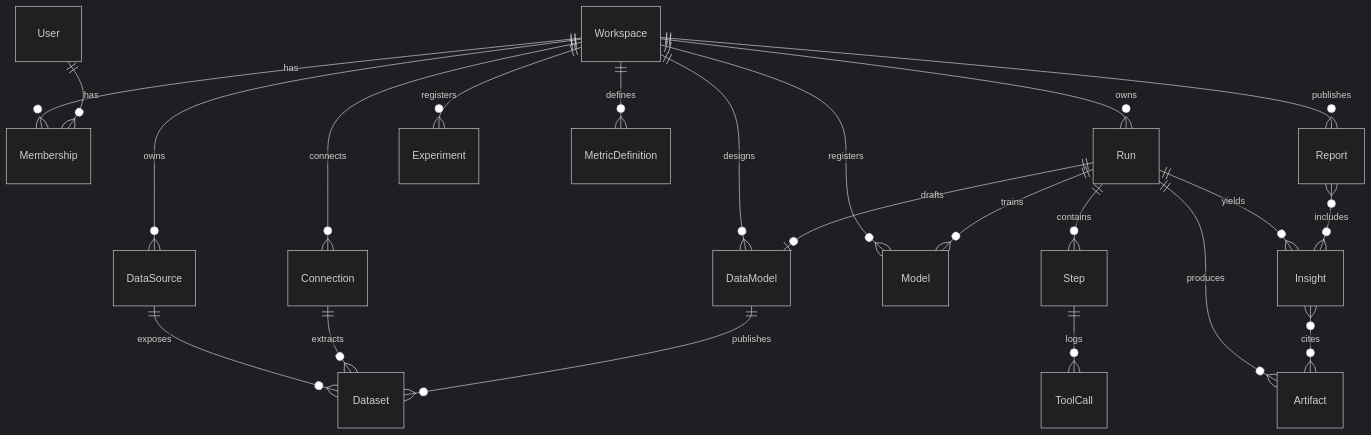
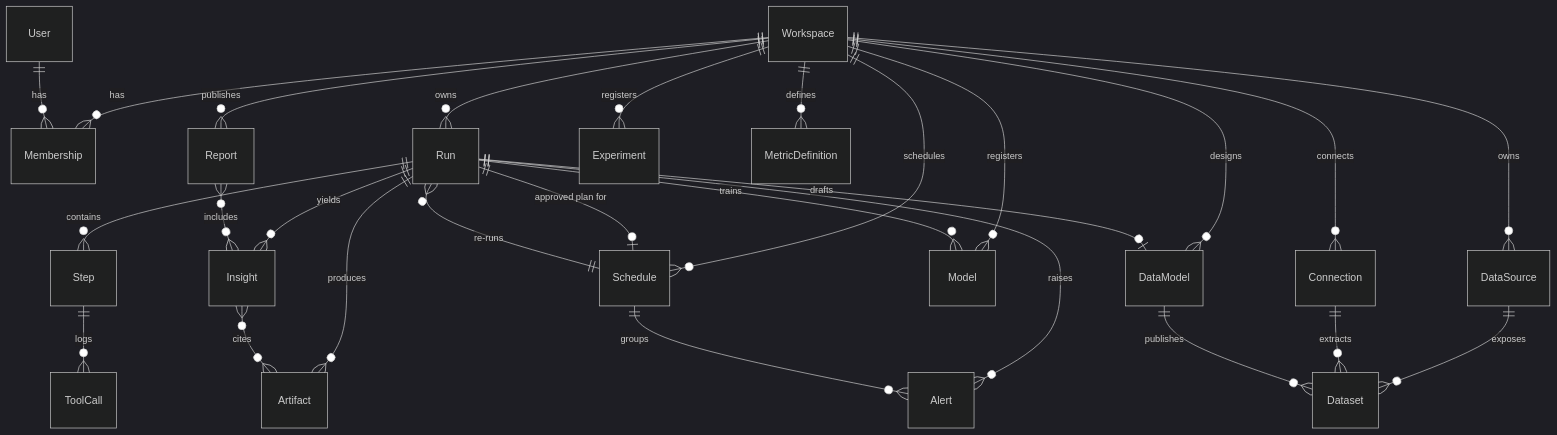
The third of 3 diagrams in docs/ARCHITECTURE.md (SweetVege/inferra), drawn with Mermaid (dark theme) before and after one commit. The commit also changed other lines of this file and 42 other files, not shown here.

````diff
--- a/docs/ARCHITECTURE.md
+++ b/docs/ARCHITECTURE.md
@@ -254,24 +286,29 @@
 ```mermaid
 erDiagram
   Workspace ||--o{ Membership : has
   User ||--o{ Membership : has
   Workspace ||--o{ DataSource : owns
   DataSource ||--o{ Dataset : exposes
   Workspace ||--o{ Run : owns
   Run ||--o{ Step : contains
   Step ||--o{ ToolCall : logs
   Run ||--o{ Artifact : produces
   Run ||--o{ Insight : yields
   Insight }o--o{ Artifact : cites
   Workspace ||--o{ Report : publishes
   Report }o--o{ Insight : includes
+  Workspace ||--o{ Schedule : schedules
+  Run ||--o| Schedule : "approved plan for"
+  Schedule ||--o{ Run : "re-runs"
+  Run ||--o{ Alert : raises
+  Schedule ||--o{ Alert : groups
   Workspace ||--o{ Experiment : registers
   Workspace ||--o{ Model : registers
   Workspace ||--o{ Connection : connects
   Connection ||--o{ Dataset : extracts
   Run ||--o{ Model : trains
   Workspace ||--o{ MetricDefinition : defines
   Workspace ||--o{ DataModel : designs
   Run ||--o| DataModel : drafts
   DataModel ||--o{ Dataset : publishes
 ```
````
